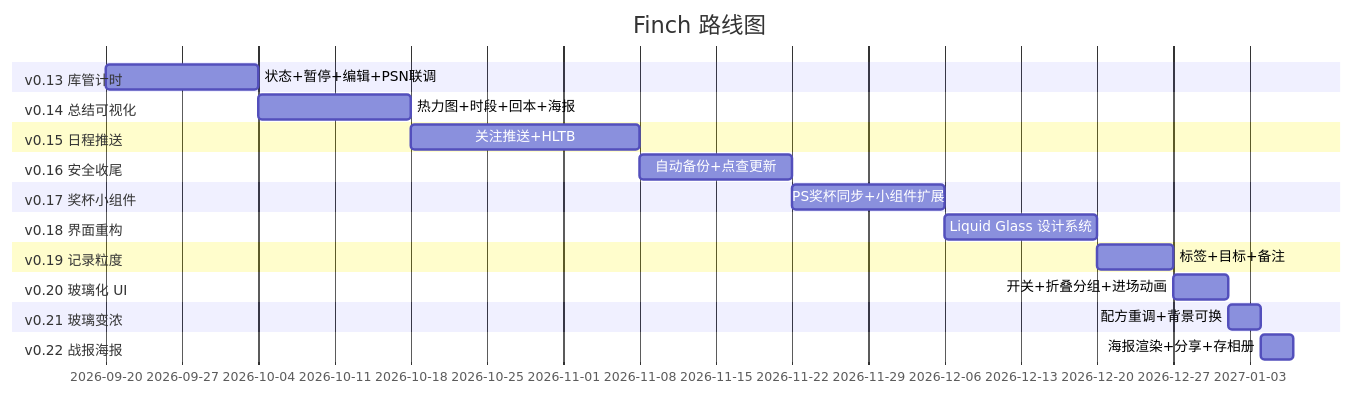
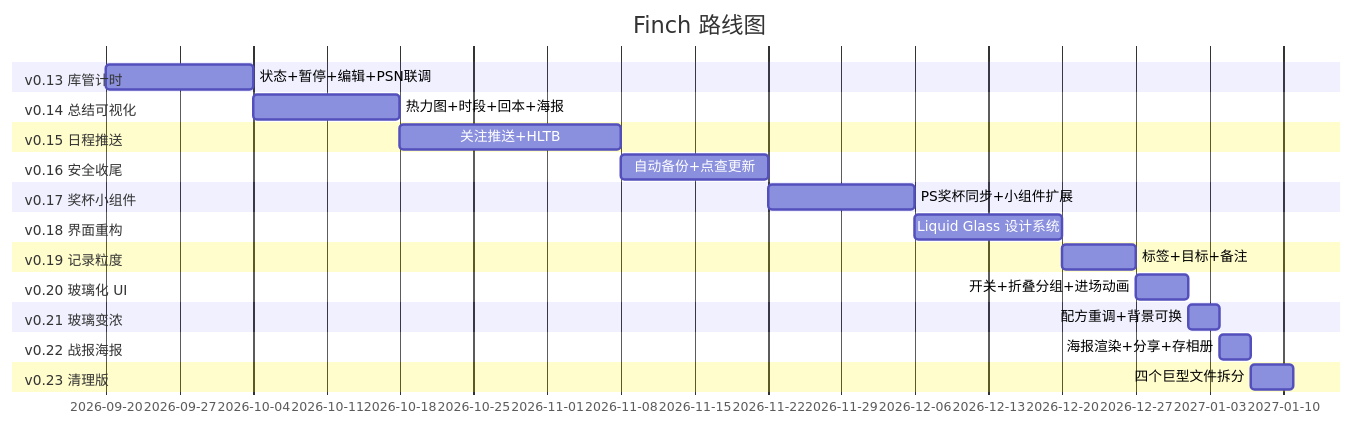
The diagram in ROADMAP.md (NeneRobo32/Finch), drawn with Mermaid before and after one commit. The commit also changed other lines of this file and 17 other files, not shown here.

````diff
--- a/ROADMAP.md
+++ b/ROADMAP.md
@@ -50,25 +51,27 @@
 ```mermaid
 gantt
     title Finch 路线图
     dateFormat  YYYY-MM-DD
     section v0.13 库管计时
     状态+暂停+编辑+PSN联调       :a1, 2026-09-20, 14d
     section v0.14 总结可视化
     热力图+时段+回本+海报        :a2, after a1, 14d
     section v0.15 日程推送
     关注推送+HLTB               :a3, after a2, 21d
     section v0.16 安全收尾
     自动备份+点查更新           :a4, after a3, 14d
     section v0.17 奖杯小组件
     PS奖杯同步+小组件扩展        :a5, after a4, 14d
     section v0.18 界面重构
     Liquid Glass 设计系统        :a6, after a5, 14d
     section v0.19 记录粒度
     标签+目标+备注               :a7, after a6, 7d
     section v0.20 玻璃化 UI
     开关+折叠分组+进场动画       :a8, after a7, 5d
     section v0.21 玻璃变浓
     配方重调+背景可换            :a9, after a8, 3d
     section v0.22 战报海报
     海报渲染+分享+存相册         :a10, after a9, 3d
+    section v0.23 清理版
+    四个巨型文件拆分             :a11, after a10, 4d
 ```
````
